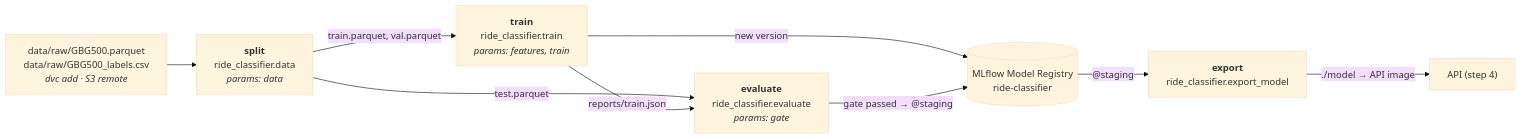
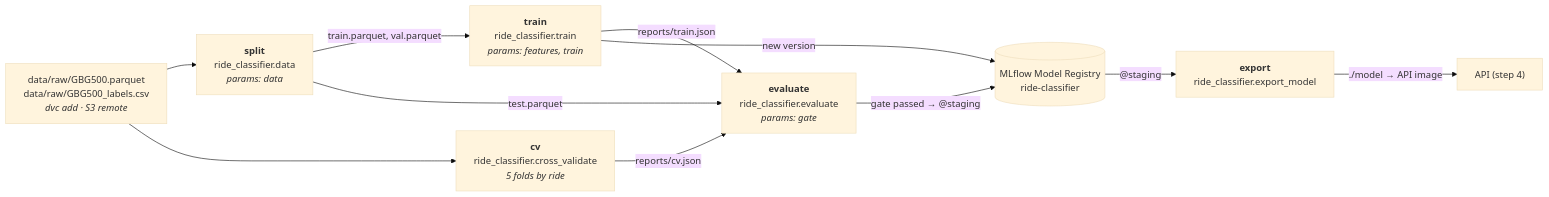
The diagram in docs/pipeline.md (Lavialle/MLOps-AI-infra-Project), drawn with Mermaid (base theme) before and after one commit. The commit also changed other lines of this file and 13 other files, not shown here.

````diff
--- a/docs/pipeline.md
+++ b/docs/pipeline.md
@@ -7,18 +7,21 @@
 ```mermaid
 flowchart LR
     raw["data/raw/GBG500.parquet<br/>data/raw/GBG500_labels.csv<br/><i>dvc add · S3 remote</i>"]
     split["<b>split</b><br/>ride_classifier.data<br/><i>params: data</i>"]
     train["<b>train</b><br/>ride_classifier.train<br/><i>params: features, train</i>"]
+    cv["<b>cv</b><br/>ride_classifier.cross_validate<br/><i>5 folds by ride</i>"]
     evaluate["<b>evaluate</b><br/>ride_classifier.evaluate<br/><i>params: gate</i>"]
     registry[("MLflow Model Registry<br/>ride-classifier")]
     export["<b>export</b><br/>ride_classifier.export_model"]
 
     raw --> split
+    raw --> cv
+    cv -- "reports/cv.json" --> evaluate
     split -- "train.parquet, val.parquet" --> train
     split -- "test.parquet" --> evaluate
     train -- "reports/train.json" --> evaluate
     train -- "new version" --> registry
     evaluate -- "gate passed → @staging" --> registry
     registry -- "@staging" --> export
     export -- "./model → API image" --> api["API (step 4)"]
 ```
````
